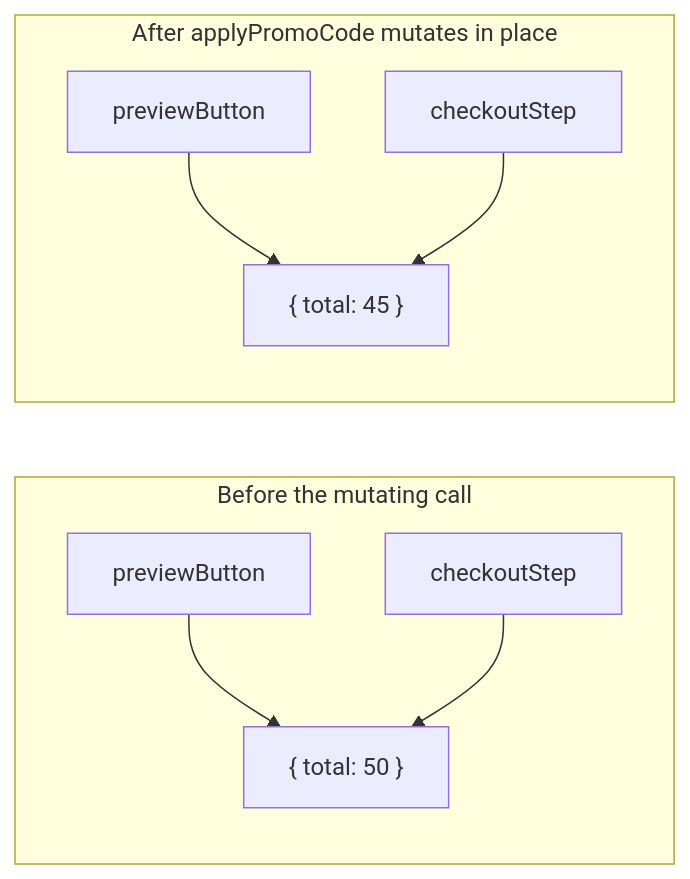
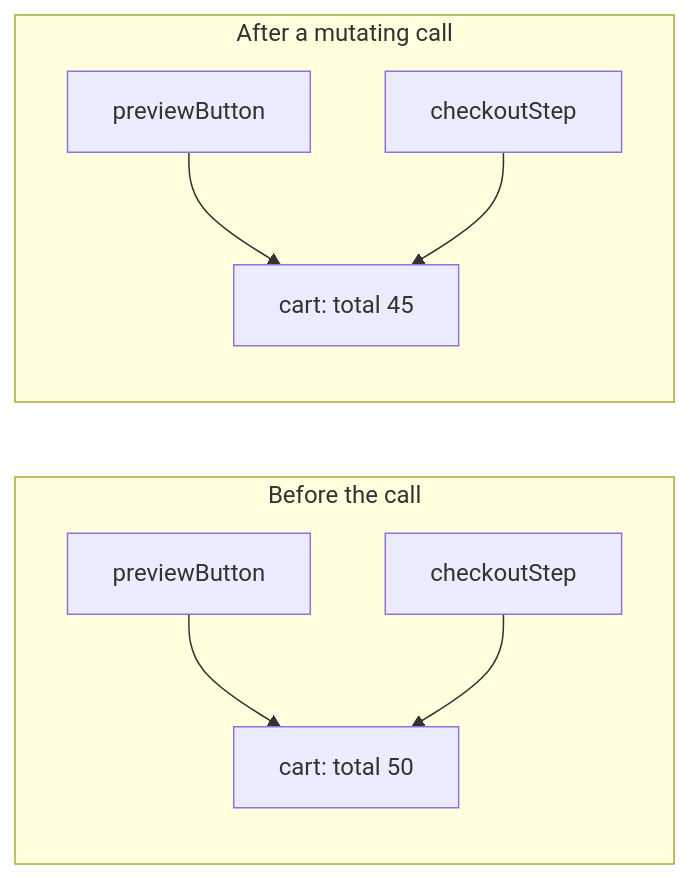
The first of 3 diagrams in src/content/software-design/immutability/L2-concept.mdx (francoandreDev/knowledge), drawn with Mermaid before and after one commit. The commit also changed other lines of this file and 16 other files, not shown here.

````diff
--- a/src/content/software-design/immutability/L2-concept.mdx
+++ b/src/content/software-design/immutability/L2-concept.mdx
@@ -30,11 +26,11 @@
 ```mermaid
 flowchart LR
-    subgraph Before["Before the mutating call"]
-    A1["previewButton"] --> C1["{ total: 50 }"]
+    subgraph Before["Before the call"]
+    A1["previewButton"] --> C1["cart: total 50"]
     B1["checkoutStep"] --> C1
     end
-    subgraph After["After applyPromoCode mutates in place"]
-    A2["previewButton"] --> C2["{ total: 45 }"]
+    subgraph After["After a mutating call"]
+    A2["previewButton"] --> C2["cart: total 45"]
     B2["checkoutStep"] --> C2
     end
 ```
````
